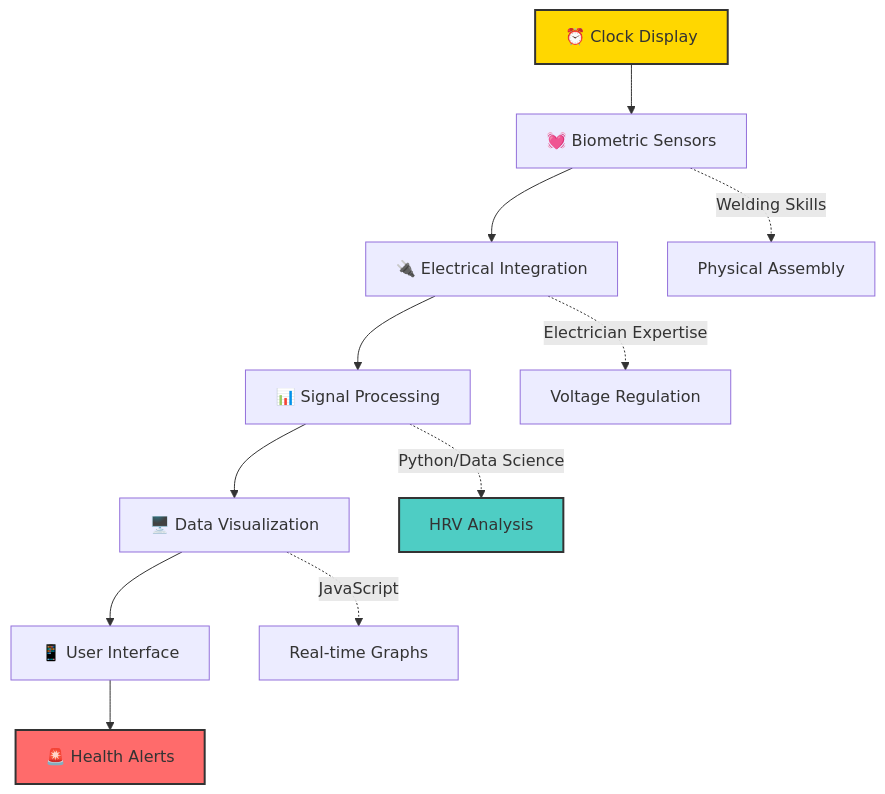
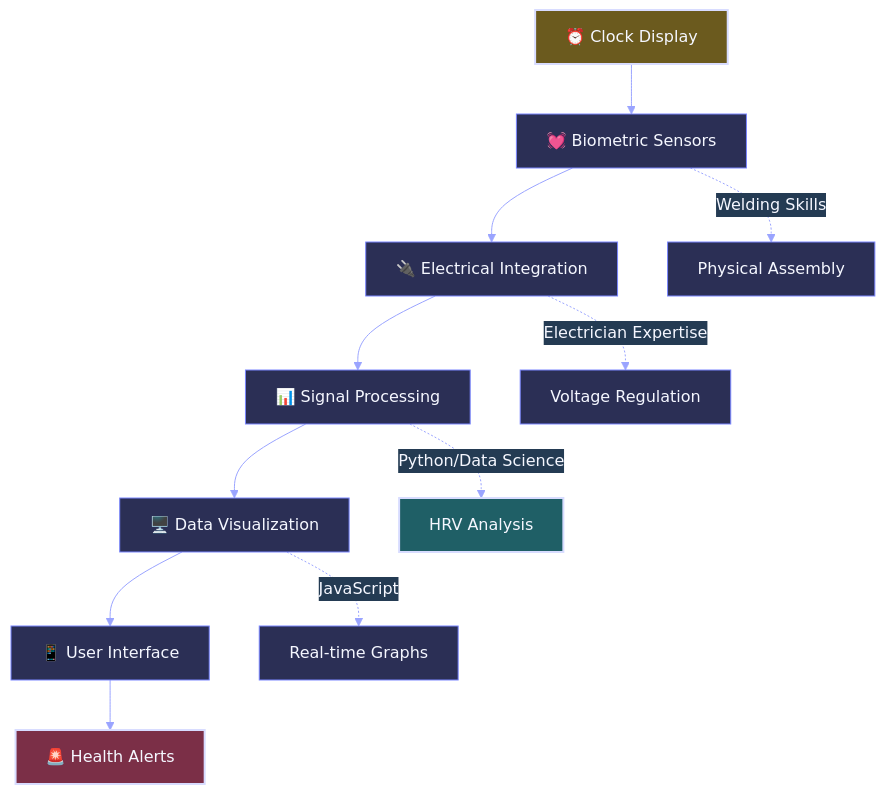
The third of 11 diagrams in README.md (Tim-Spurlin/Christian-Kota-Contributions-Snapshot), drawn with Mermaid before and after one commit. The commit also changed other lines of this file, not shown here.

Commit message:
Improve Mermaid diagram contrast across README

````diff
--- a/README.md
+++ b/README.md
@@ -140,18 +141,19 @@
 ```mermaid
+%%{init: {'theme':'base', 'themeVariables': { 'background':'#0f1220', 'primaryColor':'#2b2f55', 'primaryTextColor':'#f5f7ff', 'primaryBorderColor':'#7a86ff', 'lineColor':'#9aa4ff', 'secondaryColor':'#243b53', 'tertiaryColor':'#3f2a56', 'clusterBkg':'#1a1f38', 'clusterBorder':'#7a86ff', 'fontSize':'16px'}}}%%
 graph TD
     A[⏰ Clock Display] --> B[💓 Biometric Sensors]
     B --> C[🔌 Electrical Integration]
     C --> D[📊 Signal Processing]
     D --> E[🖥️ Data Visualization]
     E --> F[📱 User Interface]
     F --> G[🚨 Health Alerts]
     
     B -.->|Welding Skills| H[Physical Assembly]
     C -.->|Electrician Expertise| I[Voltage Regulation]
     D -.->|Python/Data Science| J[HRV Analysis]
     E -.->|JavaScript| K[Real-time Graphs]
     
-    style A fill:#FFD700,stroke:#333,stroke-width:2px
-    style G fill:#FF6B6B,stroke:#333,stroke-width:2px
-    style J fill:#4ECDC4,stroke:#333,stroke-width:2px
+    style A fill:#6b5a1e,stroke:#d8dcff,stroke-width:2px,color:#f5f7ff
+    style G fill:#7b2f47,stroke:#d8dcff,stroke-width:2px,color:#f5f7ff
+    style J fill:#1f5f66,stroke:#d8dcff,stroke-width:2px,color:#f5f7ff
 ```
````
